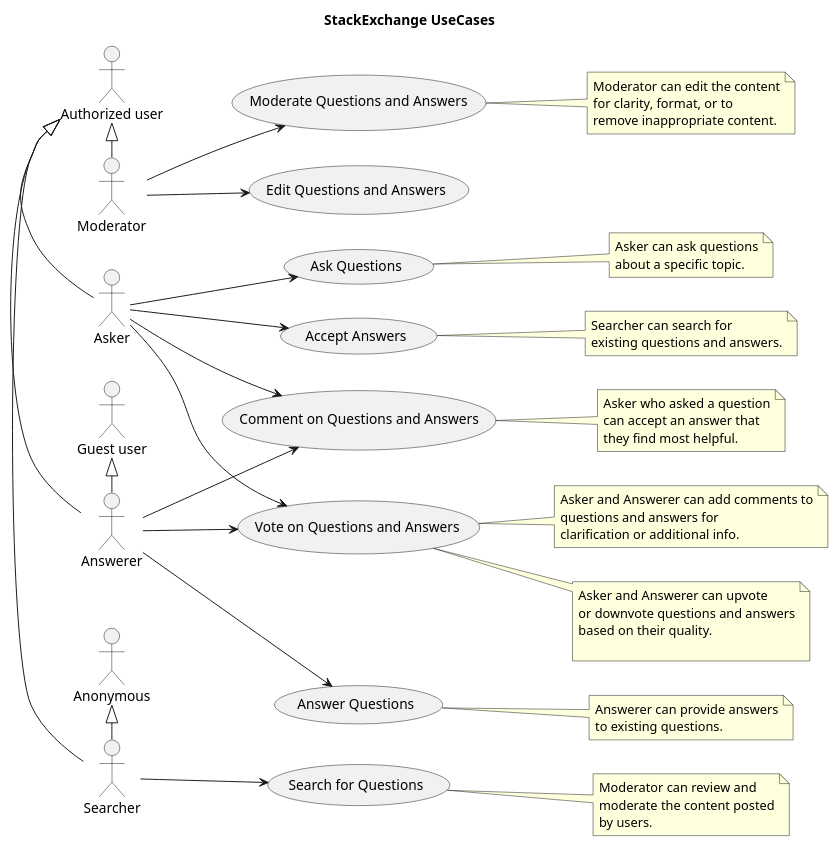
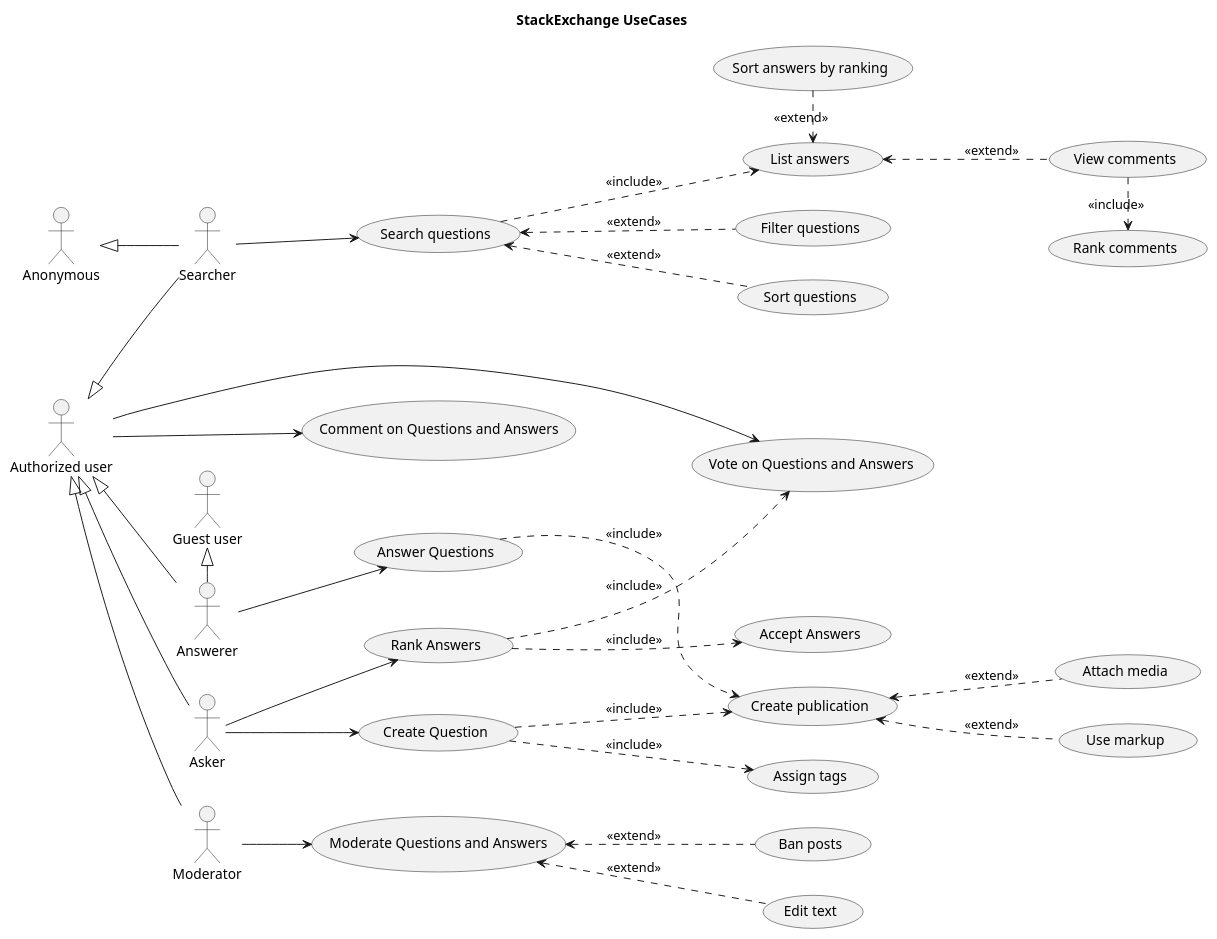
Before and after one commit to BardinPetr/itmo-se-basics: the diagram in lab1/images/FR0_UC0.puml, drawn with PlantUML. The commit also changed 1 other file, not shown here.

```diff
--- a/lab1/images/FR0_UC0.puml
+++ b/lab1/images/FR0_UC0.puml
@@ -1,87 +1,91 @@
 @startuml
 title StackExchange UseCases
 
 left to right direction
 
 actor "Anonymous" as NAU
 actor "Authorized user" as AU
 actor "Guest user" as GU
 
 actor Asker as ASK_U
 actor Answerer as ANS_U
 actor Searcher as SEA_U
 actor Moderator as MOD_U
 
-ASK_U -l-|> AU
-ANS_U -l-|> AU
+ASK_U -u-|> AU
+ANS_U -u-|> AU
 ANS_U -l-|> GU
-SEA_U -l-|> NAU
-SEA_U -l-|> AU
-MOD_U -l-|> AU
+SEA_U -u-|> NAU
+SEA_U -u-|> AU
+MOD_U -u-|> AU
+
+' text
+usecase "Create publication" as UCpub
+usecase "Use markup" as UCq_markup
+usecase "Attach media" as UCq_media
+
+UCpub <.. UCq_markup : <<extend>>
+UCpub <.. UCq_media : <<extend>>
 
 
-usecase "Ask Questions" as UC1
-ASK_U --> UC1
-note right of UC1
-  Asker can ask questions
-  about a specific topic.
-end note
+' create
+usecase "Assign tags" as UCq_tag
+usecase "Create Question" as UCcreate
 
-usecase "Answer Questions" as UC2
-ANS_U --> UC2
-note right of UC2
-  Answerer can provide answers
-  to existing questions.
-end note
+ASK_U --> UCcreate
+UCcreate ..> UCq_tag : <<include>>
+UCcreate ..> UCpub : <<include>>
 
-usecase "Vote on Questions and Answers" as UC3
-ASK_U --> UC3
-ANS_U --> UC3
-note right of UC3
-  Asker and Answerer can upvote
-  or downvote questions and answers
-  based on their quality.
 
-end note
-note right of UC3
-  Asker and Answerer can add comments to
-  questions and answers for
-  clarification or additional info.
-end note
+' answer
+usecase "Answer Questions" as UCanswer
 
-usecase "Comment on Questions and Answers" as UC4
-ASK_U --> UC4
-ANS_U --> UC4
-note right of UC4
-  Asker who asked a question
-  can accept an answer that
-  they find most helpful.
-end note
+ANS_U --> UCanswer
+UCanswer ..> UCpub : <<include>>
 
-usecase "Accept Answers" as UC5
-ASK_U --> UC5
-note right of UC5
-  Searcher can search for
-  existing questions and answers.
-end note
 
-usecase "Search for Questions" as UC6
-SEA_U --> UC6
-note right of UC6
-  Moderator can review and
-  moderate the content posted
-  by users.
-end note
+' vote
+usecase "Vote on Questions and Answers" as UCvote
+usecase "Rank Answers" as UCrank
+usecase "Accept Answers" as UCaccept
 
-usecase "Moderate Questions and Answers" as UC7
-MOD_U --> UC7
-note right of UC7
-  Moderator can edit the content
-  for clarity, format, or to
-  remove inappropriate content.
-end note
+AU --> UCvote
+ASK_U --> UCrank
+UCrank ..> UCaccept : <<include>>
+UCrank ..> UCvote : <<include>>
 
-usecase "Edit Questions and Answers" as UC8
-MOD_U --> UC8
+' answers
+usecase "Search questions" as UCsearch
+usecase "Filter questions" as UCq_filter
+usecase "Sort questions" as UCq_sort
+usecase "List answers" as UCa_list
+usecase "Sort answers by ranking" as UCa_sort
+
+SEA_U --> UCsearch
+
+UCsearch <.. UCq_filter : <<extend>>
+UCsearch <.. UCq_sort : <<extend>>
+
+UCsearch ..> UCa_list : <<include>>
+UCa_list <.l. UCa_sort : <<extend>>
+
+' comments
+usecase "Comment on Questions and Answers" as UCcomment
+usecase "View comments" as UCcomment_view
+usecase "Rank comments" as UCcomment_rank
+
+AU ---> UCcomment
+UCa_list <.. UCcomment_view : <<extend>>
+UCcomment_view .r.> UCcomment_rank : <<include>>
+
+' moderate
+usecase "Moderate Questions and Answers" as UCmod
+usecase "Edit text" as UCmod_edit
+usecase "Ban posts" as UCmod_ban
+
+MOD_U --> UCmod
+UCmod <.. UCmod_edit  : <<extend>>
+UCmod <.. UCmod_ban  : <<extend>>
+
 
 @enduml
```
